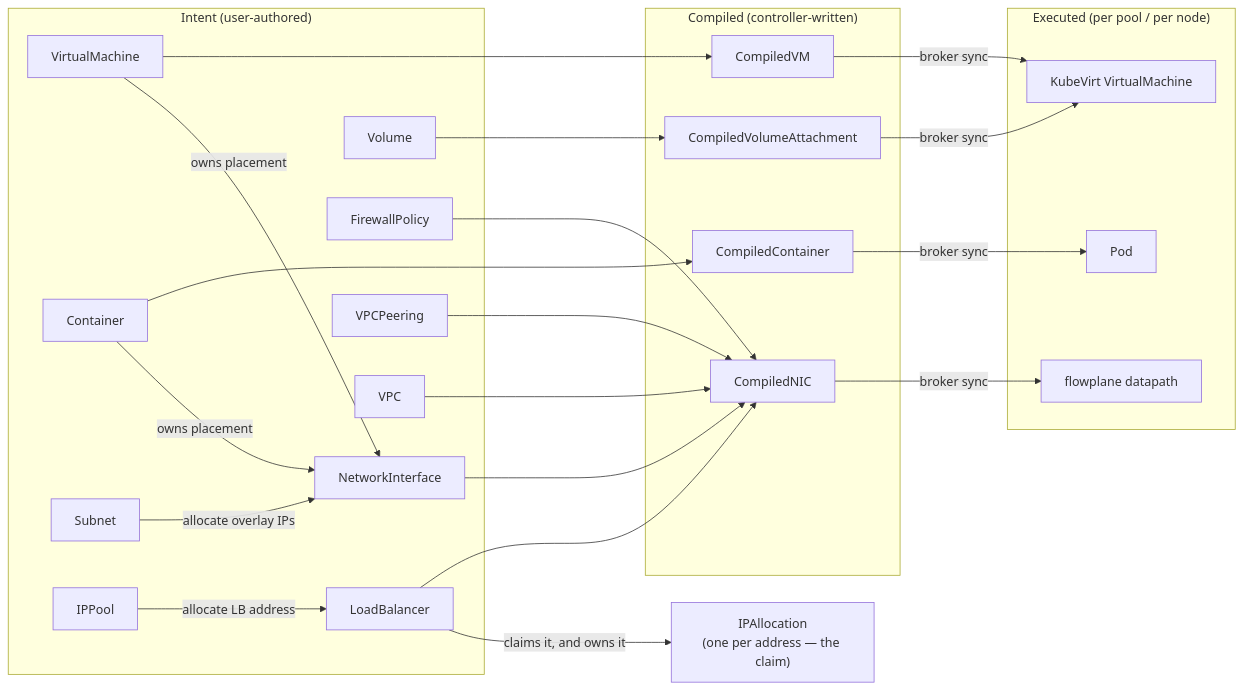
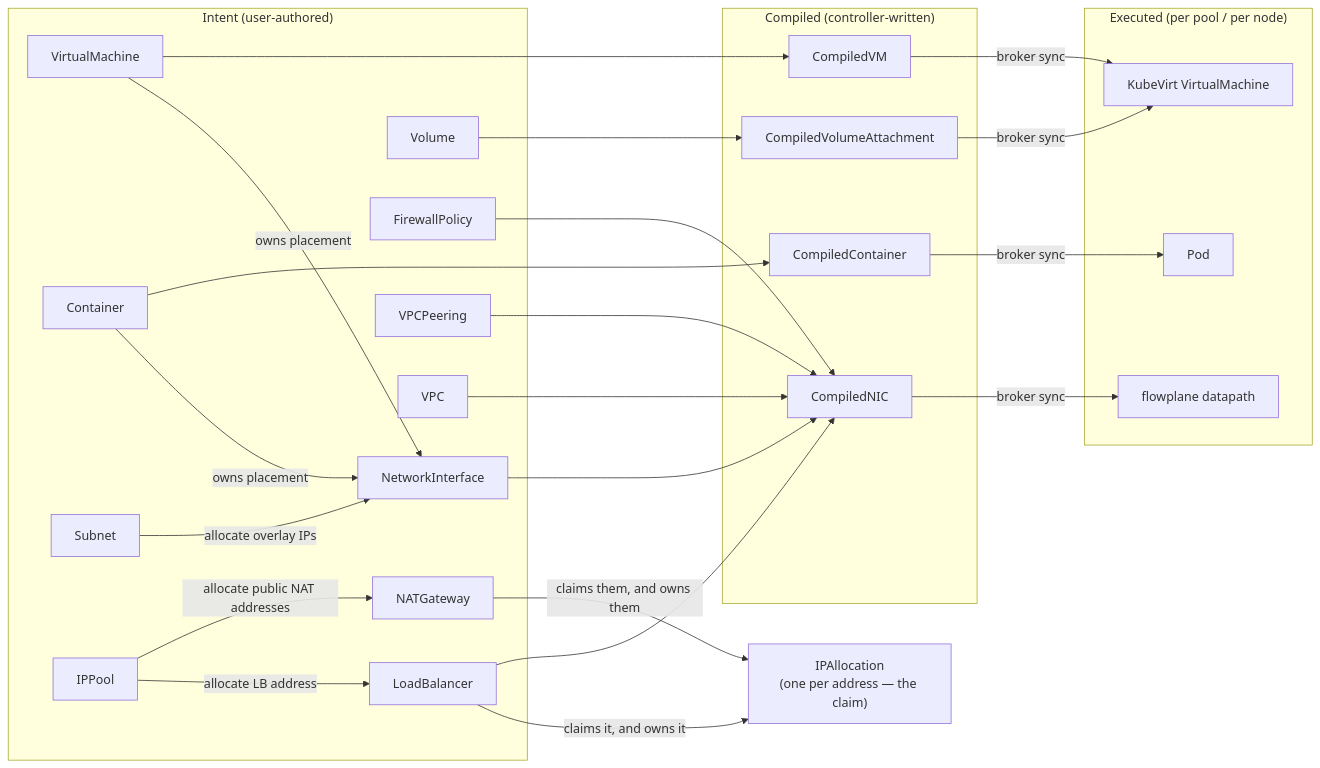
Before and after one commit to trevex/ectobase: the diagram in docs/reference/crd-interactions.md, drawn with Mermaid. The commit also changed 1 other file, not shown here.

Commit message:
docs(nat): the gateway draws its public addresses from a pool

````diff
--- a/docs/reference/crd-interactions.md
+++ b/docs/reference/crd-interactions.md
@@ -38,44 +38,47 @@
 ```mermaid
 flowchart LR
     subgraph intent["Intent (user-authored)"]
         VM[VirtualMachine]
         CT[Container]
         NIC[NetworkInterface]
         VOL[Volume]
         FW[FirewallPolicy]
         LB[LoadBalancer]
         PEER[VPCPeering]
         VPC[VPC]
         SUBNET[Subnet]
         POOL[IPPool]
+        NATGW[NATGateway]
     end
 
     ALLOC["IPAllocation<br/>(one per address — the claim)"]
 
     subgraph compiled["Compiled (controller-written)"]
         CNIC[CompiledNIC]
         CVM[CompiledVM]
         CCT[CompiledContainer]
         CVA[CompiledVolumeAttachment]
     end
 
     subgraph exec["Executed (per pool / per node)"]
         POD[Pod]
         KVM[KubeVirt VirtualMachine]
         DP[flowplane datapath]
     end
 
     VM & CT -->|owns placement| NIC
     SUBNET -->|allocate overlay IPs| NIC
     POOL -->|allocate LB address| LB
+    POOL -->|allocate public NAT addresses| NATGW
     LB -->|claims it, and owns it| ALLOC
+    NATGW -->|claims them, and owns them| ALLOC
     NIC & FW & LB & PEER & VPC --> CNIC
     VM --> CVM
     CT --> CCT
     VOL --> CVA
 
     CNIC -->|broker sync| DP
     CVM -->|broker sync| KVM
     CCT -->|broker sync| POD
     CVA -->|broker sync| KVM
 ```
````
